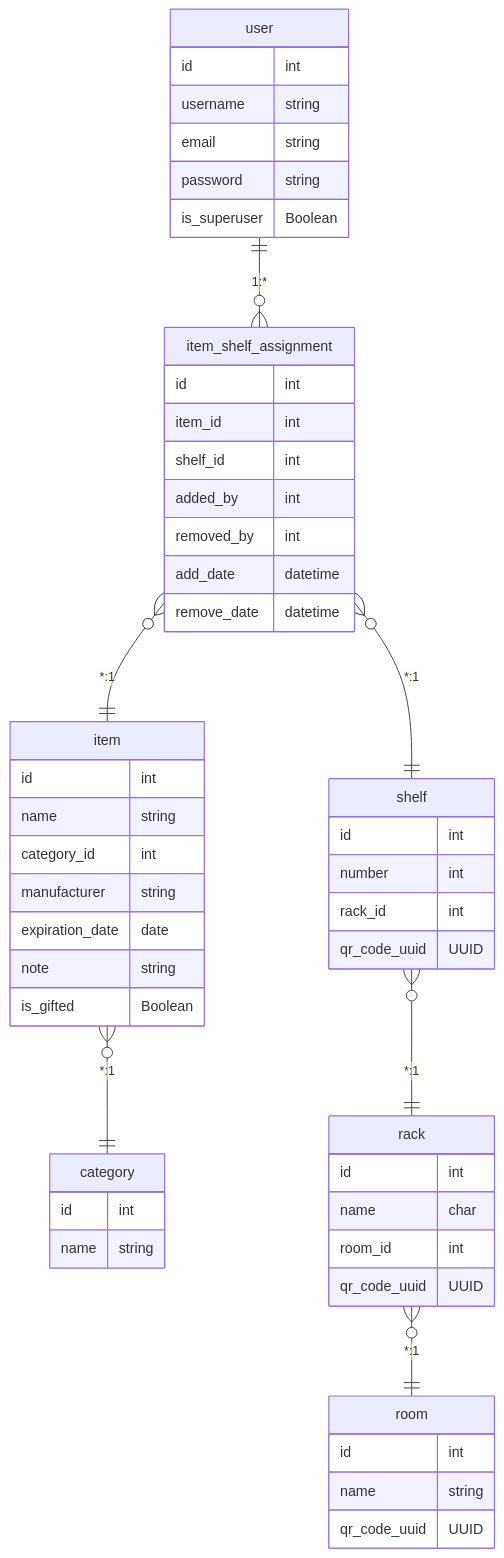
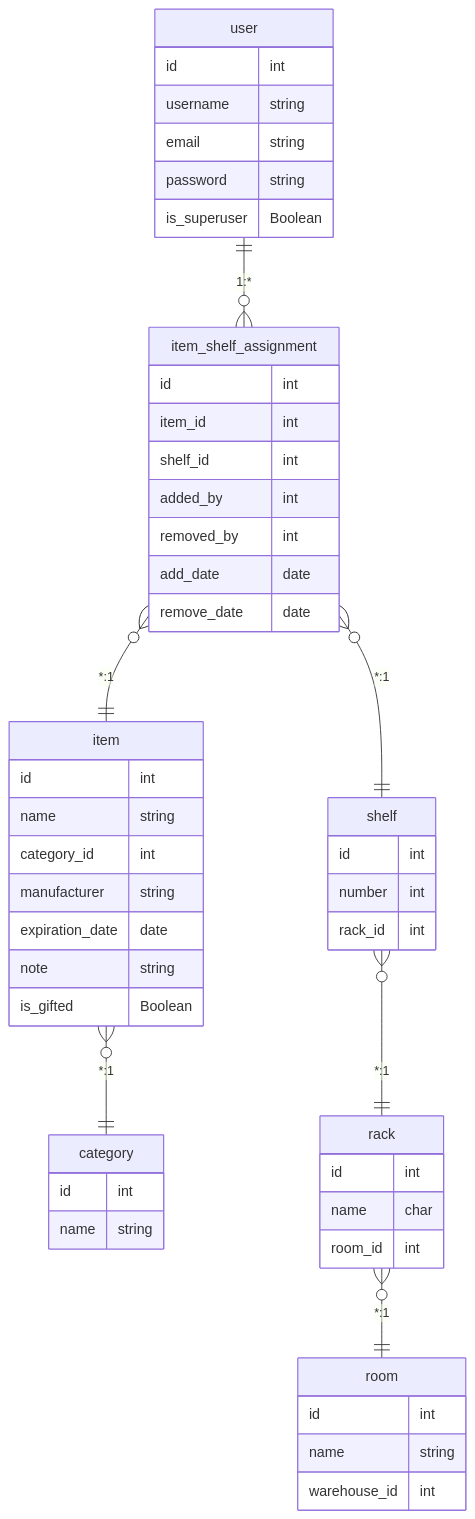
One commit to agoralewski/ce-it-hub-hackathon-2025 changed the diagram in README.md. Above: the diagram before and after it, drawn with Mermaid. The commit also changed other lines of this file and 2 other files, not shown here.

Commit message:
fix docker script

````diff
--- a/README.md
+++ b/README.md
@@ -111,56 +111,54 @@
 ```mermaid
 erDiagram
     user {
         id int
         username string
         email string
         password string
         is_superuser Boolean
     }
     item_shelf_assignment {
         id int
         item_id int
         shelf_id int
         added_by int
         removed_by int
-        add_date datetime
-        remove_date datetime
+        add_date date
+        remove_date date
     }
     item {
         id int
         name string
         category_id int
         manufacturer string
         expiration_date date
         note string
         is_gifted Boolean
     }
     category {
         id int
         name string
     }
     shelf {
         id int
         number int
         rack_id int
-        qr_code_uuid UUID
     }
     rack {
         id int
         name char
         room_id int
-        qr_code_uuid UUID
     }
     room {
         id int
         name string
-        qr_code_uuid UUID
+        warehouse_id int
     }
  
     user ||--o{ item_shelf_assignment: "1:*"
     item_shelf_assignment }o--|| item : "*:1"
     item }o--|| category : "*:1"
     item_shelf_assignment }o--|| shelf : "*:1"
     shelf }o--|| rack : "*:1"
     rack }o--|| room : "*:1"
 ```
````
